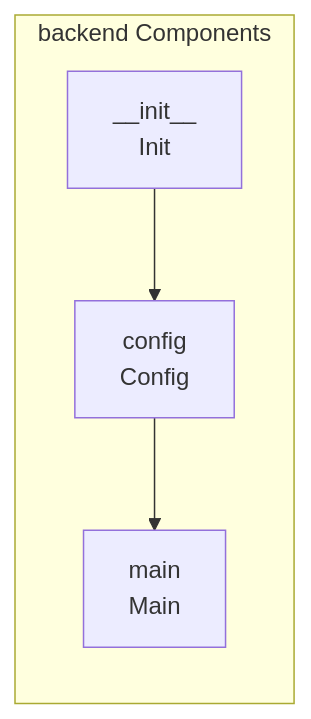
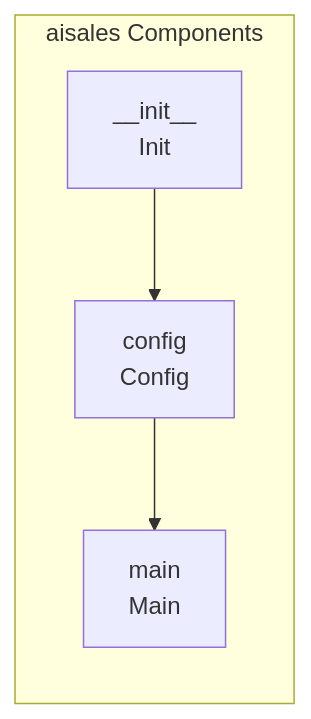
The third of 4 diagrams in README.md (Punyamittal/aisales), drawn with Mermaid before and after one commit. The commit also changed other lines of this file, not shown here.

````diff
--- a/README.md
+++ b/README.md
@@ -311,10 +204,10 @@
 ```mermaid
 graph LR
-    subgraph App["backend Components"]
+    subgraph App["aisales Components"]
         __init__["__init__<br/>  Init  "]
         config["config<br/>Config"]
         main["main<br/>Main"]
     end
     __init__ --> config
     config --> main
 ```
````
